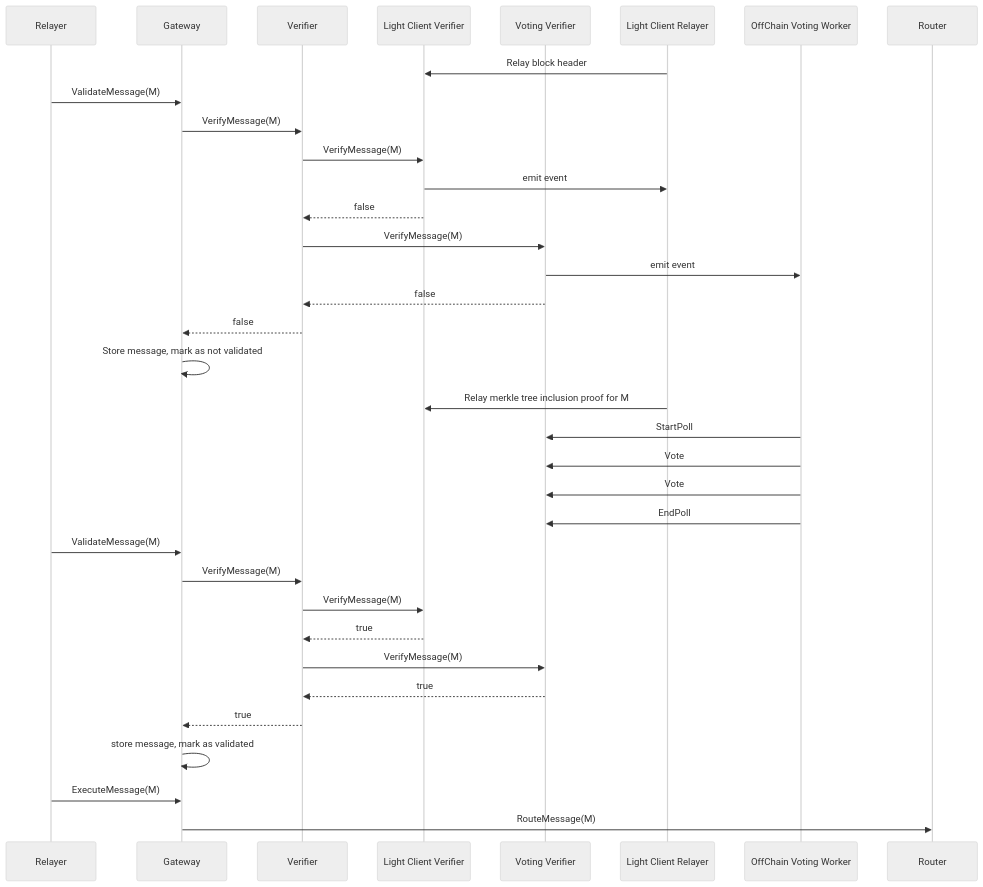
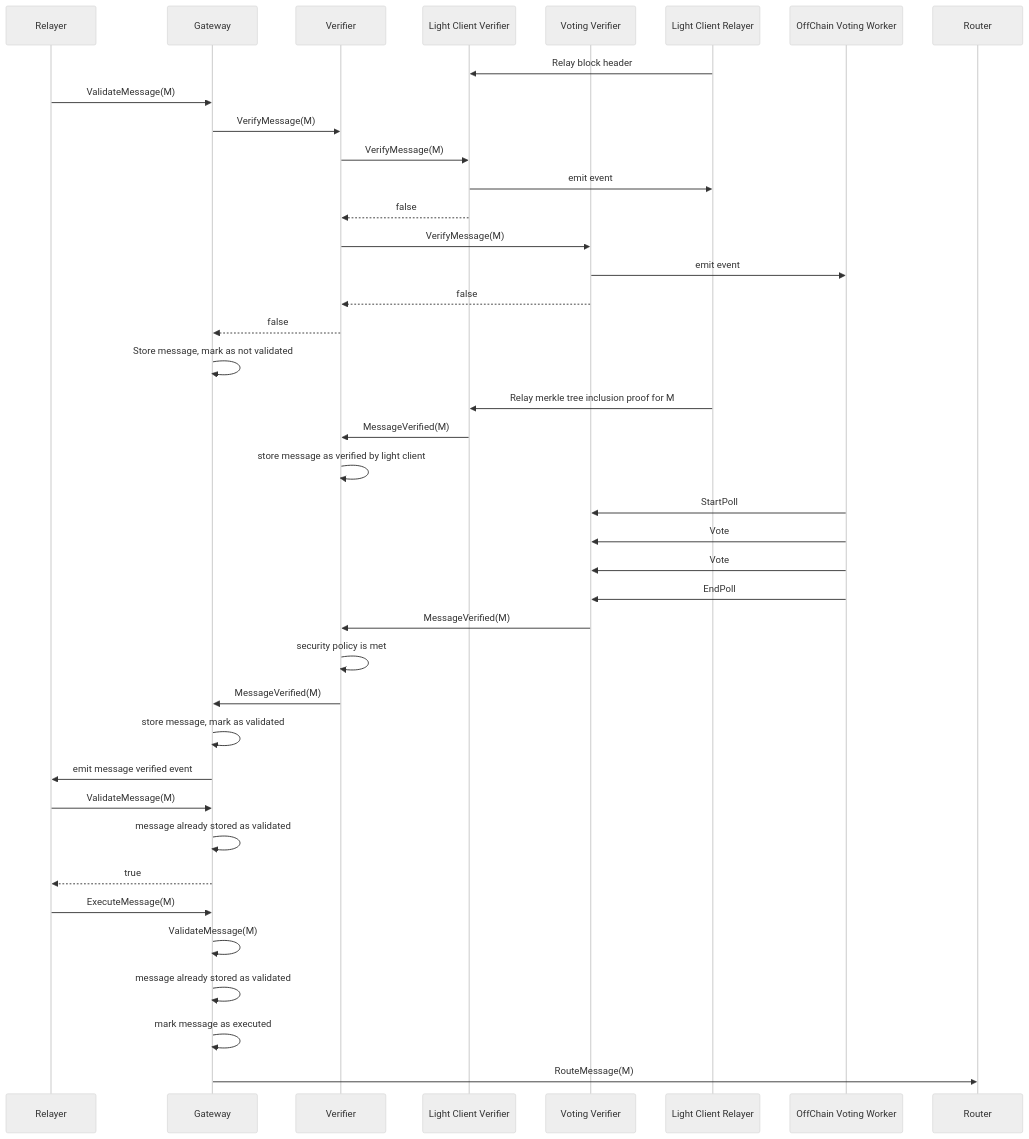
Diagram 13 of 18 in README.md (axelarnetwork/axelar-amplifier), drawn with Mermaid (neutral theme) before and after one commit. The commit also changed other lines of this file, not shown here.

````diff
--- a/README.md
+++ b/README.md
@@ -447,44 +428,50 @@
 ```mermaid
 sequenceDiagram
     participant Relayer
     participant Gateway
     participant Verifier
     participant Light Client Verifier
     participant Voting Verifier
     participant Light Client Relayer
     participant OffChain Voting Worker
     participant Router
 
 
     Light Client Relayer->>Light Client Verifier: Relay block header
     Relayer->>Gateway: ValidateMessage(M)
     Gateway->>Verifier: VerifyMessage(M)
     Verifier->>Light Client Verifier: VerifyMessage(M)
     Light Client Verifier->>Light Client Relayer: emit event
     Light Client Verifier-->>Verifier: false
     Verifier->>Voting Verifier: VerifyMessage(M)
     Voting Verifier->>OffChain Voting Worker: emit event
     Voting Verifier-->>Verifier: false
     Verifier-->>Gateway: false
     Gateway->>Gateway: Store message, mark as not validated
 
     Light Client Relayer->>Light Client Verifier: Relay merkle tree inclusion proof for M
+    Light Client Verifier->>Verifier: MessageVerified(M)
+    Verifier->>Verifier: store message as verified by light client
 
     OffChain Voting Worker->>Voting Verifier: StartPoll
     OffChain Voting Worker->>Voting Verifier: Vote
     OffChain Voting Worker->>Voting Verifier: Vote
     OffChain Voting Worker->>Voting Verifier: EndPoll
 
+    Voting Verifier->>Verifier: MessageVerified(M)
+    Verifier->>Verifier: security policy is met
+    Verifier->>Gateway: MessageVerified(M)
+    Gateway->>Gateway: store message, mark as validated
+    Gateway->>Relayer: emit message verified event
+
 
     Relayer->>Gateway: ValidateMessage(M)
-    Gateway->>Verifier: VerifyMessage(M)
-    Verifier->>Light Client Verifier: VerifyMessage(M)
-    Light Client Verifier-->>Verifier: true
-    Verifier->>Voting Verifier: VerifyMessage(M)
-    Voting Verifier-->>Verifier: true
-    Verifier-->>Gateway: true
-    Gateway->>Gateway: store message, mark as validated
+    Gateway->>Gateway: message already stored as validated
+    Gateway-->>Relayer: true
 
     Relayer->>Gateway: ExecuteMessage(M)
+    Gateway->>Gateway: ValidateMessage(M)
+    Gateway->>Gateway: message already stored as validated
+    Gateway->>Gateway: mark message as executed
     Gateway->>Router: RouteMessage(M)
 ```
````
